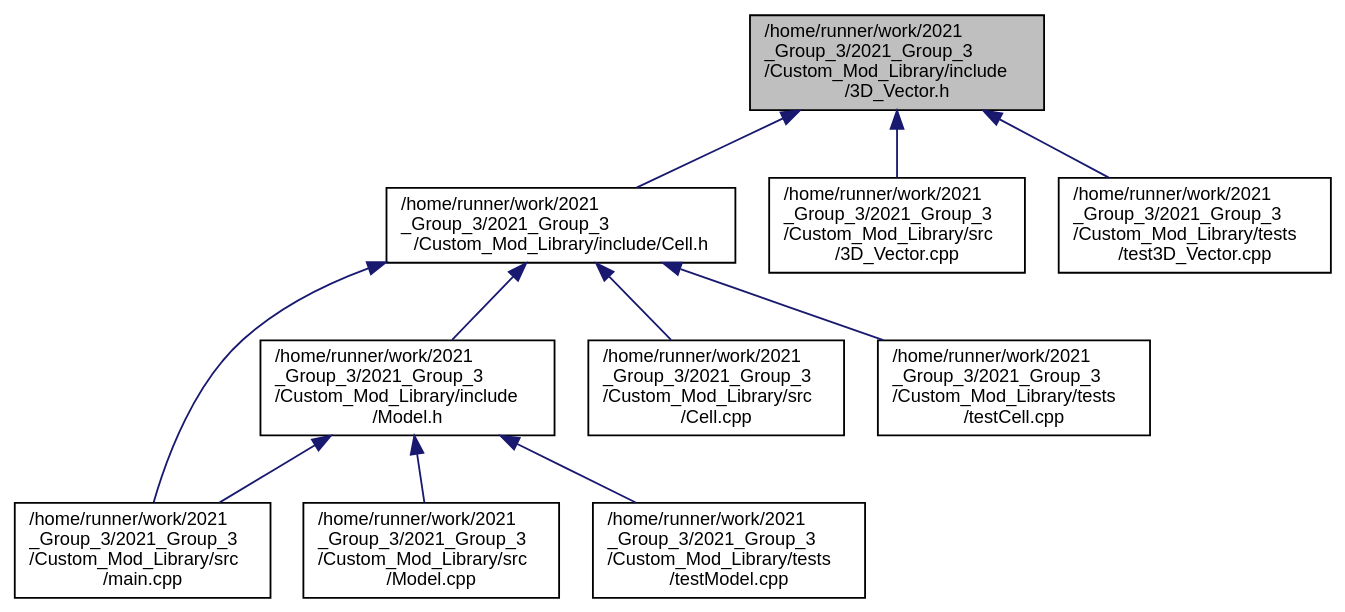
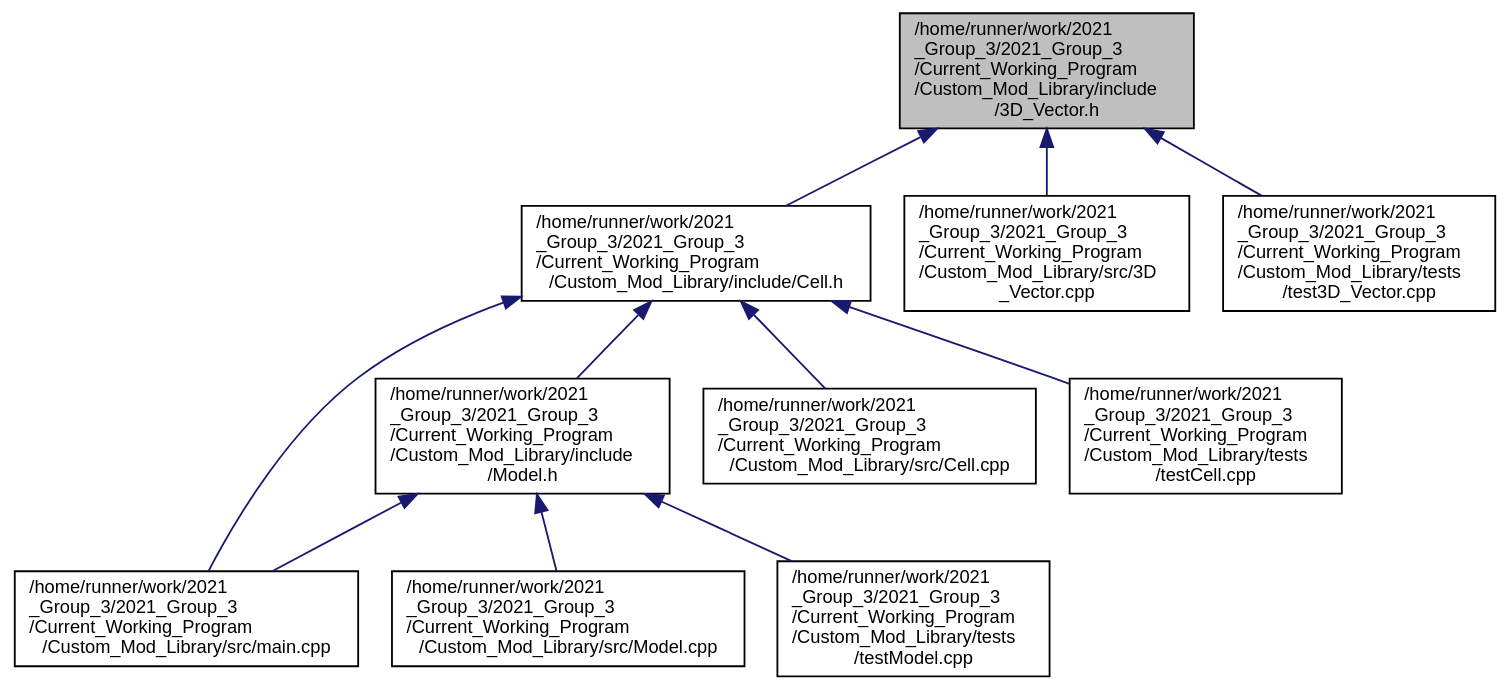
One commit to ejagombar/2021_Group_3 changed the diagram in 3_d___vector_8h__dep__incl.dot. Above: the diagram before and after it, drawn with Graphviz. The commit also changed 69 other files, not shown here.

```diff
--- a/3_d___vector_8h__dep__incl.dot
+++ b/3_d___vector_8h__dep__incl.dot
@@ -1,27 +1,27 @@
-digraph "/home/runner/work/2021_Group_3/2021_Group_3/Custom_Mod_Library/include/3D_Vector.h"
+digraph "/home/runner/work/2021_Group_3/2021_Group_3/Current_Working_Program/Custom_Mod_Library/include/3D_Vector.h"
 {
  // LATEX_PDF_SIZE
   bgcolor="transparent";
   edge [fontname="Helvetica",fontsize="10",labelfontname="Helvetica",labelfontsize="10"];
   node [fontname="Helvetica",fontsize="10",shape=record];
-  Node1 [label="/home/runner/work/2021\l_Group_3/2021_Group_3\l/Custom_Mod_Library/include\l/3D_Vector.h",height=0.2,width=0.4,color="black", fillcolor="grey75", style="filled", fontcolor="black",tooltip="Class used to store 3D Vector points for the Model class."];
+  Node1 [label="/home/runner/work/2021\l_Group_3/2021_Group_3\l/Current_Working_Program\l/Custom_Mod_Library/include\l/3D_Vector.h",height=0.2,width=0.4,color="black", fillcolor="grey75", style="filled", fontcolor="black",tooltip="Class used to store 3D Vector points for the Model class."];
   Node1 -> Node2 [dir="back",color="midnightblue",fontsize="10",style="solid",fontname="Helvetica"];
-  Node2 [label="/home/runner/work/2021\l_Group_3/2021_Group_3\l/Custom_Mod_Library/include/Cell.h",height=0.2,width=0.4,color="black",URL="$_cell_8h.html",tooltip="Cell class used to store Cell shapes that make up a model."];
+  Node2 [label="/home/runner/work/2021\l_Group_3/2021_Group_3\l/Current_Working_Program\l/Custom_Mod_Library/include/Cell.h",height=0.2,width=0.4,color="black",URL="$_cell_8h.html",tooltip="Class used to store Cell shapes that make up a model."];
   Node2 -> Node3 [dir="back",color="midnightblue",fontsize="10",style="solid",fontname="Helvetica"];
-  Node3 [label="/home/runner/work/2021\l_Group_3/2021_Group_3\l/Custom_Mod_Library/include\l/Model.h",height=0.2,width=0.4,color="black",URL="$_model_8h.html",tooltip="Class used to open, save and store .mod files."];
+  Node3 [label="/home/runner/work/2021\l_Group_3/2021_Group_3\l/Current_Working_Program\l/Custom_Mod_Library/include\l/Model.h",height=0.2,width=0.4,color="black",URL="$_model_8h.html",tooltip="Class used to open, save and store .mod files."];
   Node3 -> Node4 [dir="back",color="midnightblue",fontsize="10",style="solid",fontname="Helvetica"];
-  Node4 [label="/home/runner/work/2021\l_Group_3/2021_Group_3\l/Custom_Mod_Library/src\l/main.cpp",height=0.2,width=0.4,color="black",URL="$_custom___mod___library_2src_2main_8cpp.html",tooltip=" "];
+  Node4 [label="/home/runner/work/2021\l_Group_3/2021_Group_3\l/Current_Working_Program\l/Custom_Mod_Library/src/main.cpp",height=0.2,width=0.4,color="black",URL="$_custom___mod___library_2src_2main_8cpp.html",tooltip=" "];
   Node3 -> Node5 [dir="back",color="midnightblue",fontsize="10",style="solid",fontname="Helvetica"];
-  Node5 [label="/home/runner/work/2021\l_Group_3/2021_Group_3\l/Custom_Mod_Library/src\l/Model.cpp",height=0.2,width=0.4,color="black",URL="$_model_8cpp.html",tooltip=" "];
+  Node5 [label="/home/runner/work/2021\l_Group_3/2021_Group_3\l/Current_Working_Program\l/Custom_Mod_Library/src/Model.cpp",height=0.2,width=0.4,color="black",URL="$_model_8cpp.html",tooltip=" "];
   Node3 -> Node6 [dir="back",color="midnightblue",fontsize="10",style="solid",fontname="Helvetica"];
-  Node6 [label="/home/runner/work/2021\l_Group_3/2021_Group_3\l/Custom_Mod_Library/tests\l/testModel.cpp",height=0.2,width=0.4,color="black",URL="$test_model_8cpp.html",tooltip=" "];
+  Node6 [label="/home/runner/work/2021\l_Group_3/2021_Group_3\l/Current_Working_Program\l/Custom_Mod_Library/tests\l/testModel.cpp",height=0.2,width=0.4,color="black",URL="$test_model_8cpp.html",tooltip=" "];
   Node2 -> Node7 [dir="back",color="midnightblue",fontsize="10",style="solid",fontname="Helvetica"];
-  Node7 [label="/home/runner/work/2021\l_Group_3/2021_Group_3\l/Custom_Mod_Library/src\l/Cell.cpp",height=0.2,width=0.4,color="black",URL="$_cell_8cpp.html",tooltip=" "];
+  Node7 [label="/home/runner/work/2021\l_Group_3/2021_Group_3\l/Current_Working_Program\l/Custom_Mod_Library/src/Cell.cpp",height=0.2,width=0.4,color="black",URL="$_cell_8cpp.html",tooltip=" "];
   Node2 -> Node4 [dir="back",color="midnightblue",fontsize="10",style="solid",fontname="Helvetica"];
   Node2 -> Node8 [dir="back",color="midnightblue",fontsize="10",style="solid",fontname="Helvetica"];
-  Node8 [label="/home/runner/work/2021\l_Group_3/2021_Group_3\l/Custom_Mod_Library/tests\l/testCell.cpp",height=0.2,width=0.4,color="black",URL="$test_cell_8cpp.html",tooltip=" "];
+  Node8 [label="/home/runner/work/2021\l_Group_3/2021_Group_3\l/Current_Working_Program\l/Custom_Mod_Library/tests\l/testCell.cpp",height=0.2,width=0.4,color="black",URL="$test_cell_8cpp.html",tooltip=" "];
   Node1 -> Node9 [dir="back",color="midnightblue",fontsize="10",style="solid",fontname="Helvetica"];
-  Node9 [label="/home/runner/work/2021\l_Group_3/2021_Group_3\l/Custom_Mod_Library/src\l/3D_Vector.cpp",height=0.2,width=0.4,color="black",URL="$3_d___vector_8cpp.html",tooltip=" "];
+  Node9 [label="/home/runner/work/2021\l_Group_3/2021_Group_3\l/Current_Working_Program\l/Custom_Mod_Library/src/3D\l_Vector.cpp",height=0.2,width=0.4,color="black",URL="$3_d___vector_8cpp.html",tooltip=" "];
   Node1 -> Node10 [dir="back",color="midnightblue",fontsize="10",style="solid",fontname="Helvetica"];
-  Node10 [label="/home/runner/work/2021\l_Group_3/2021_Group_3\l/Custom_Mod_Library/tests\l/test3D_Vector.cpp",height=0.2,width=0.4,color="black",URL="$test3_d___vector_8cpp.html",tooltip=" "];
+  Node10 [label="/home/runner/work/2021\l_Group_3/2021_Group_3\l/Current_Working_Program\l/Custom_Mod_Library/tests\l/test3D_Vector.cpp",height=0.2,width=0.4,color="black",URL="$test3_d___vector_8cpp.html",tooltip=" "];
 }
```
